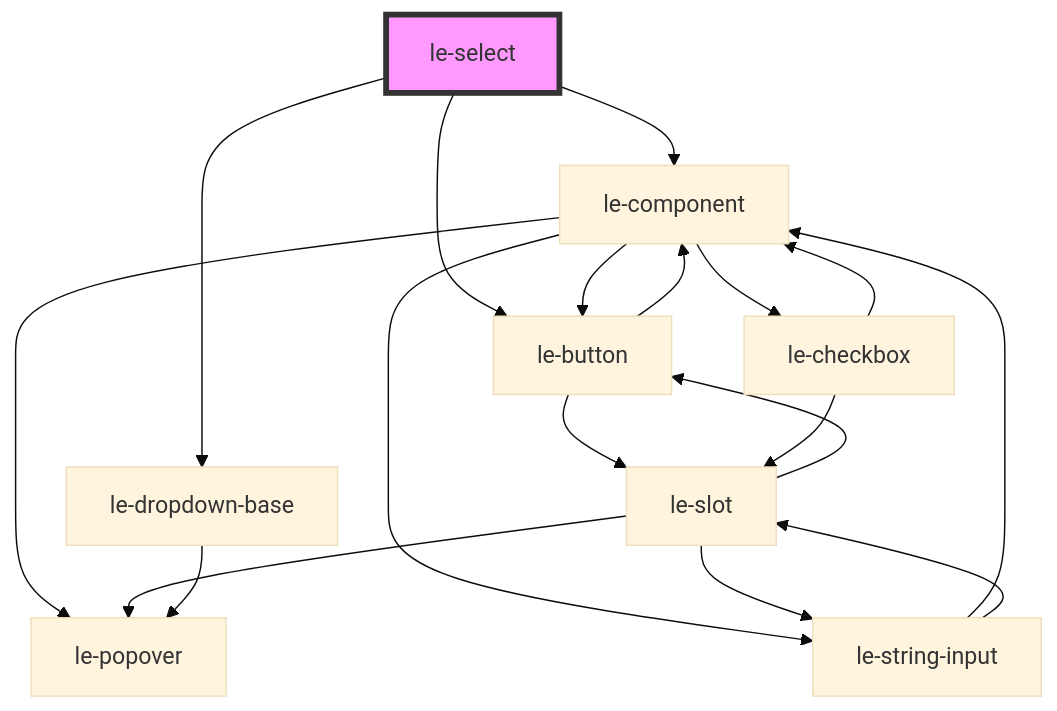
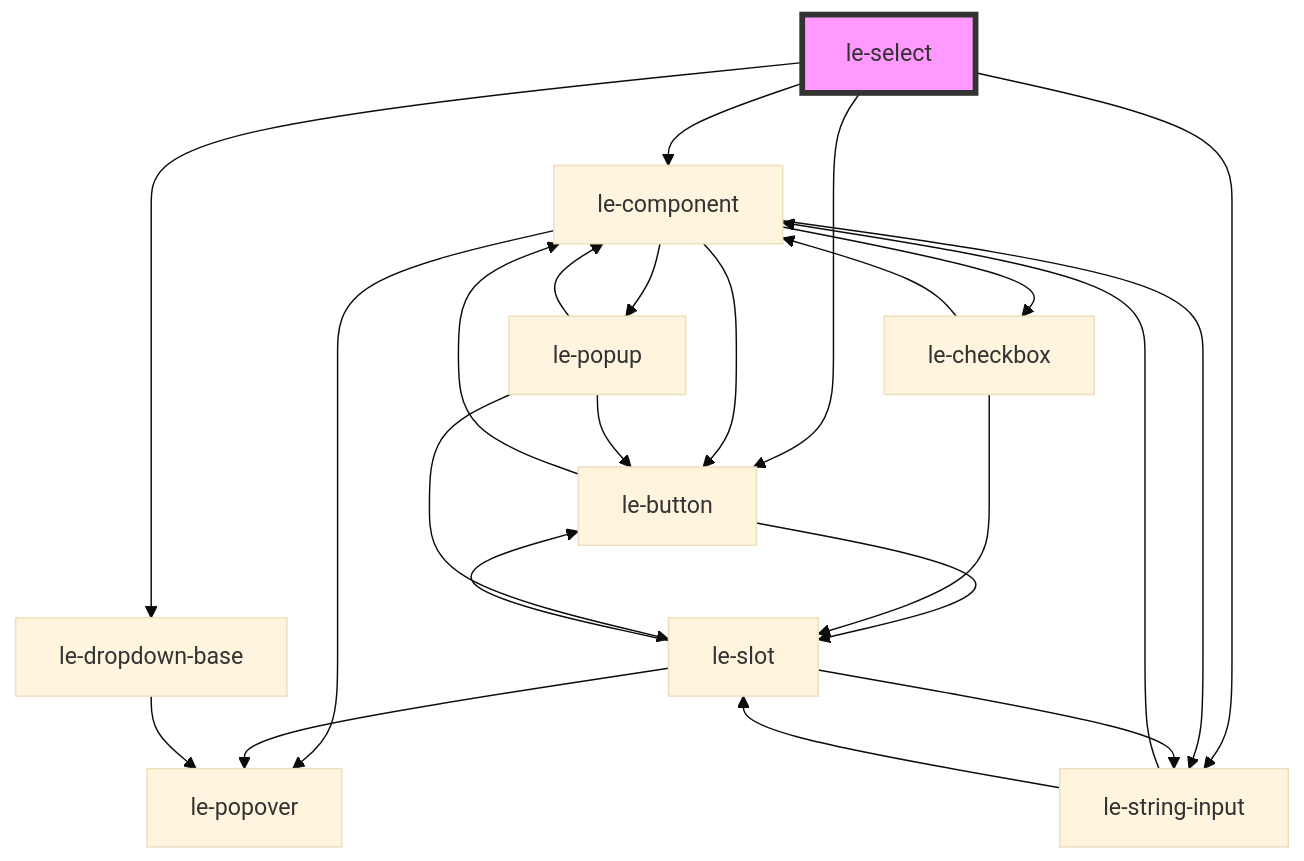
Before and after one commit to leechy/le-kit: the diagram in src/components/le-select/readme.md, drawn with Mermaid (base theme). The commit also changed other lines of this file and 29 other files, not shown here.

````diff
--- a/src/components/le-select/readme.md
+++ b/src/components/le-select/readme.md
@@ -69,21 +72,26 @@
 ```mermaid
 graph TD;
   le-select --> le-component
   le-select --> le-dropdown-base
   le-select --> le-button
+  le-select --> le-string-input
   le-component --> le-button
   le-component --> le-checkbox
   le-component --> le-string-input
   le-component --> le-popover
+  le-component --> le-popup
   le-button --> le-component
   le-button --> le-slot
   le-slot --> le-popover
   le-slot --> le-button
   le-slot --> le-string-input
   le-string-input --> le-component
   le-string-input --> le-slot
   le-checkbox --> le-component
   le-checkbox --> le-slot
+  le-popup --> le-slot
+  le-popup --> le-button
+  le-popup --> le-component
   le-dropdown-base --> le-popover
   style le-select fill:#f9f,stroke:#333,stroke-width:4px
 ```
````
